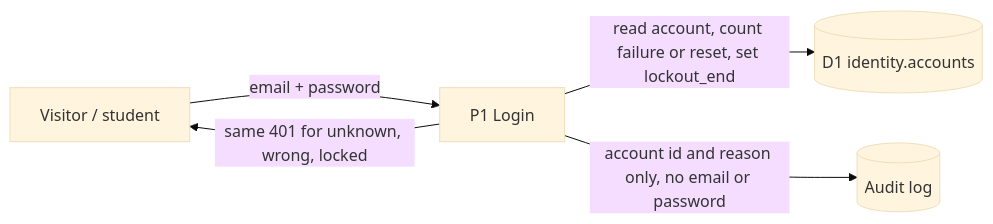
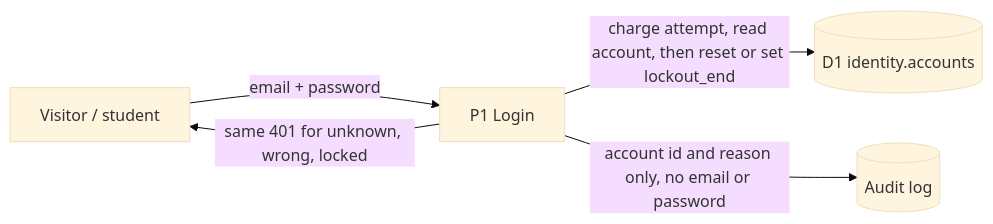
One commit to djufa762x39/security-lab changed the second of 2 diagrams in docs/components/identity/IDN-05-lockout.md. Above: the diagram before and after it, drawn with Mermaid (base theme). The commit also changed other lines of this file, not shown here.

Commit message:
IDN-05: correct lockout rules and threat table for parallel attempts

````diff
--- a/docs/components/identity/IDN-05-lockout.md
+++ b/docs/components/identity/IDN-05-lockout.md
@@ -39,7 +39,7 @@
 ```mermaid
 flowchart LR
   U[Visitor / student] -->|email + password| P1[P1 Login]
-  P1 -->|read account, count failure or reset, set lockout_end| D1[(D1 identity.accounts)]
+  P1 -->|charge attempt, read account, then reset or set lockout_end| D1[(D1 identity.accounts)]
   P1 -->|same 401 for unknown, wrong, locked| U
   P1 -->|account id and reason only, no email or password| D2[(Audit log)]
 ```
````
